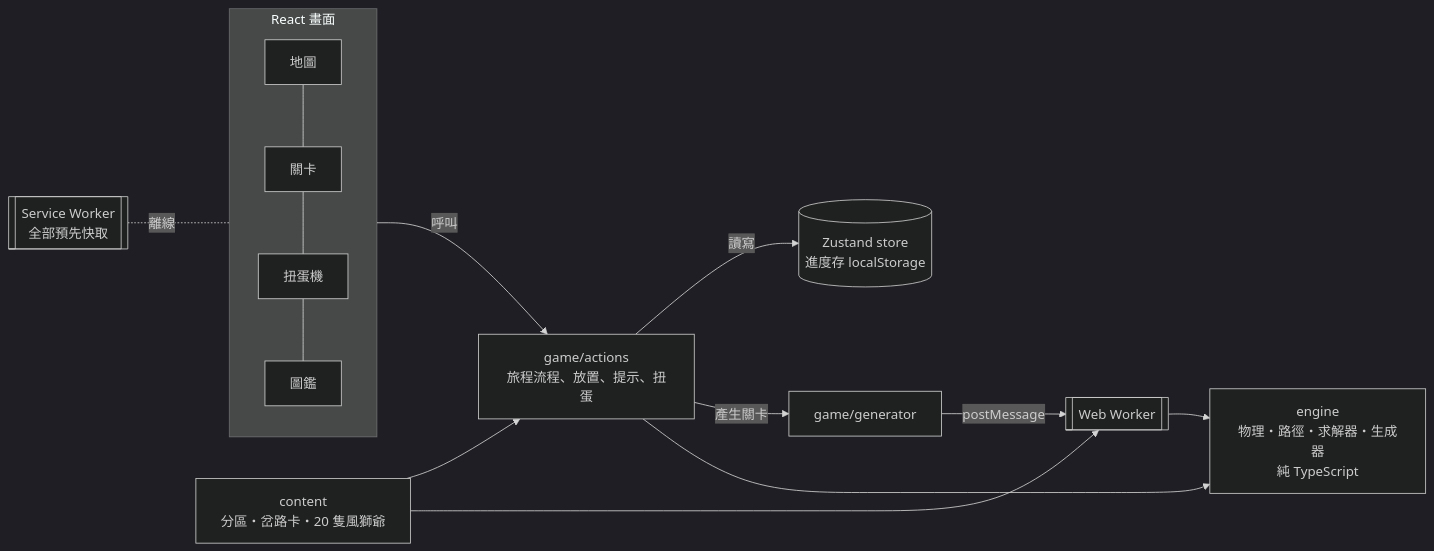
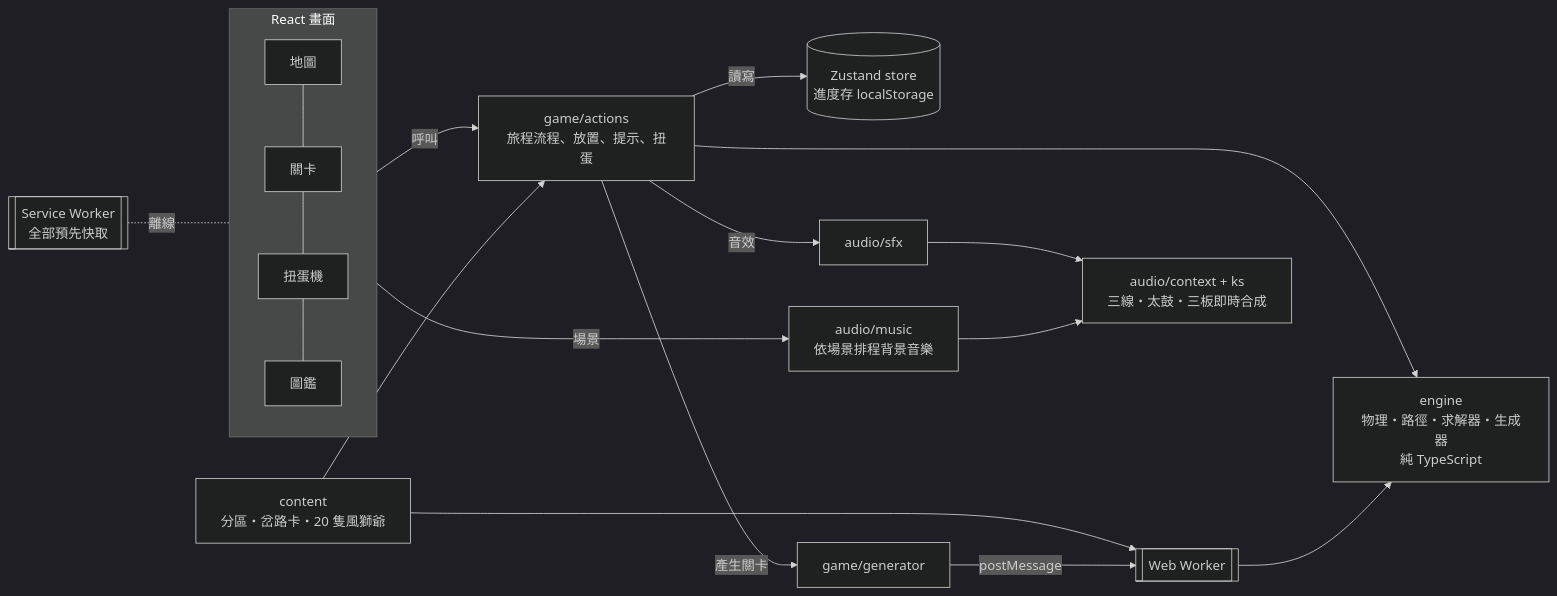
One commit to AaronChuo/shisa-reunion changed the diagram in docs/README.md. Above: the diagram before and after it, drawn with Mermaid (dark theme). The commit also changed other lines of this file and 1 other file, not shown here.

First line of the commit message:
📝 docs(audio): record the synthesized sanshin decision and update the plan

````diff
--- a/docs/README.md
+++ b/docs/README.md
@@ -33,15 +33,19 @@
 ```mermaid
 flowchart LR
   subgraph UI[React 畫面]
     Home[地圖] --- Play[關卡] --- Gacha[扭蛋機] --- Dex[圖鑑]
   end
   UI -->|呼叫| Actions[game/actions<br/>旅程流程、放置、提示、扭蛋]
   Actions -->|讀寫| Store[(Zustand store<br/>進度存 localStorage)]
   Actions -->|產生關卡| Client[game/generator]
   Client -->|postMessage| Worker[[Web Worker]]
   Worker --> Engine[engine<br/>物理・路徑・求解器・生成器<br/>純 TypeScript]
   Actions --> Engine
   Content[content<br/>分區・岔路卡・20 隻風獅爺] --> Actions
+  UI -->|場景| Music[audio/music<br/>依場景排程背景音樂]
+  Actions -->|音效| Sfx[audio/sfx]
+  Music --> Synth[audio/context + ks<br/>三線・太鼓・三板即時合成]
+  Sfx --> Synth
   Content --> Worker
   SW[[Service Worker<br/>全部預先快取]] -.離線.- UI
 ```
````
